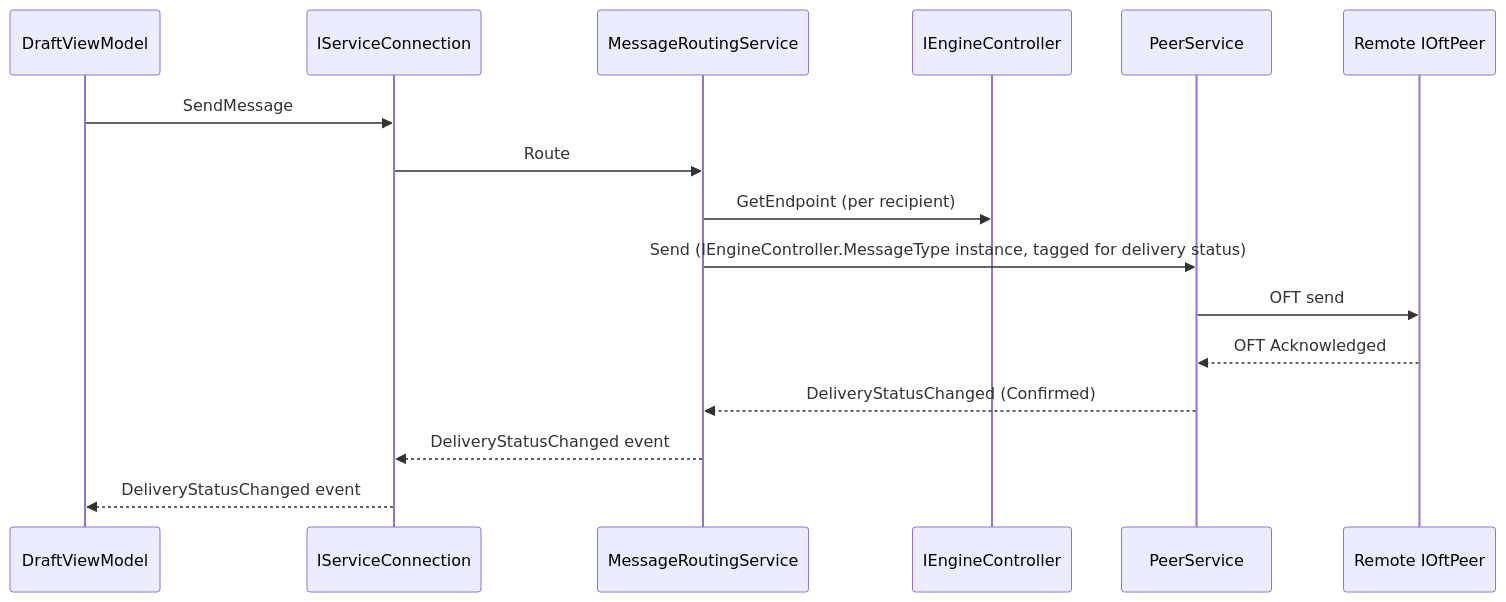
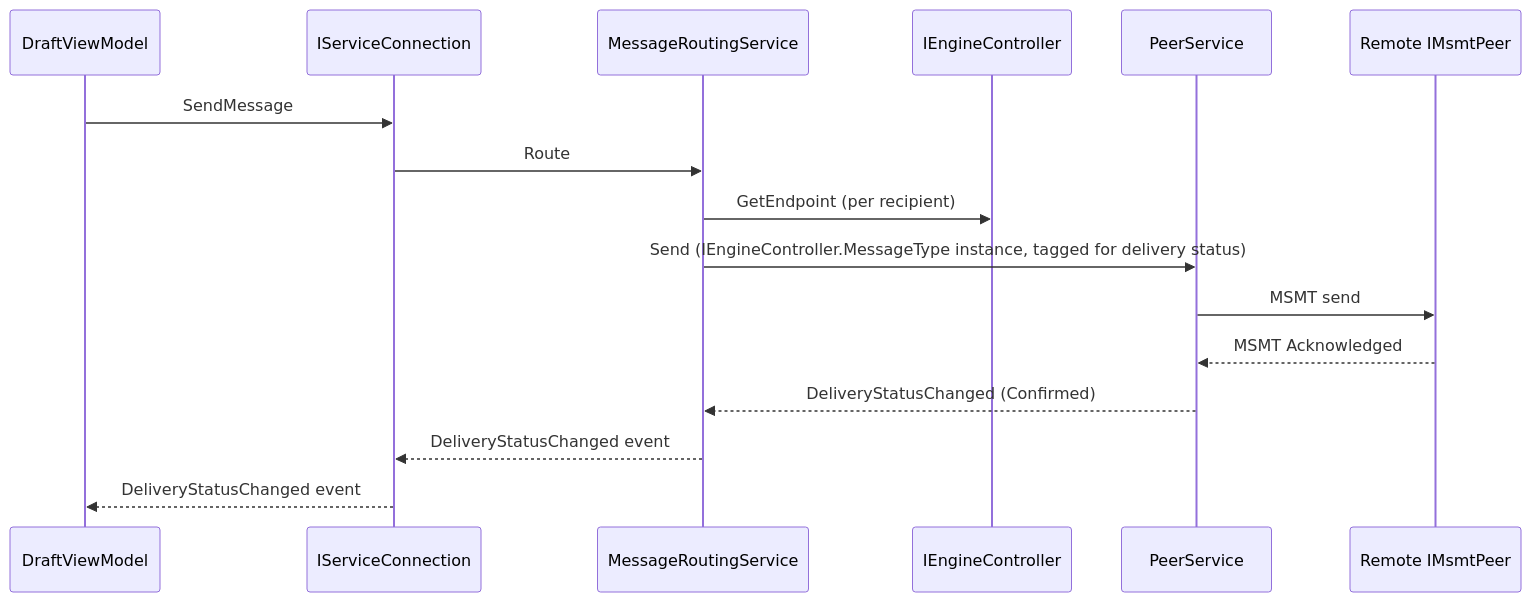
Before and after one commit to Blue-Heighliner/Comlink: the second of 5 diagrams in Docs/Architecture.md, drawn with Mermaid. The commit also changed other lines of this file and 69 other files, not shown here.

````diff
--- a/Docs/Architecture.md
+++ b/Docs/Architecture.md
@@ -60,18 +60,18 @@
 ```mermaid
 sequenceDiagram
     participant DVM as DraftViewModel
     participant SC as IServiceConnection
     participant MRS as MessageRoutingService
     participant SL as IEngineController
     participant PS as PeerService
-    participant RP as Remote IOftPeer
+    participant RP as Remote IMsmtPeer
     DVM->>SC: SendMessage
     SC->>MRS: Route
     MRS->>SL: GetEndpoint (per recipient)
     MRS->>PS: Send (IEngineController.MessageType instance, tagged for delivery status)
-    PS->>RP: OFT send
-    RP-->>PS: OFT Acknowledged
+    PS->>RP: MSMT send
+    RP-->>PS: MSMT Acknowledged
     PS-->>MRS: DeliveryStatusChanged (Confirmed)
     MRS-->>SC: DeliveryStatusChanged event
     SC-->>DVM: DeliveryStatusChanged event
 ```
````
